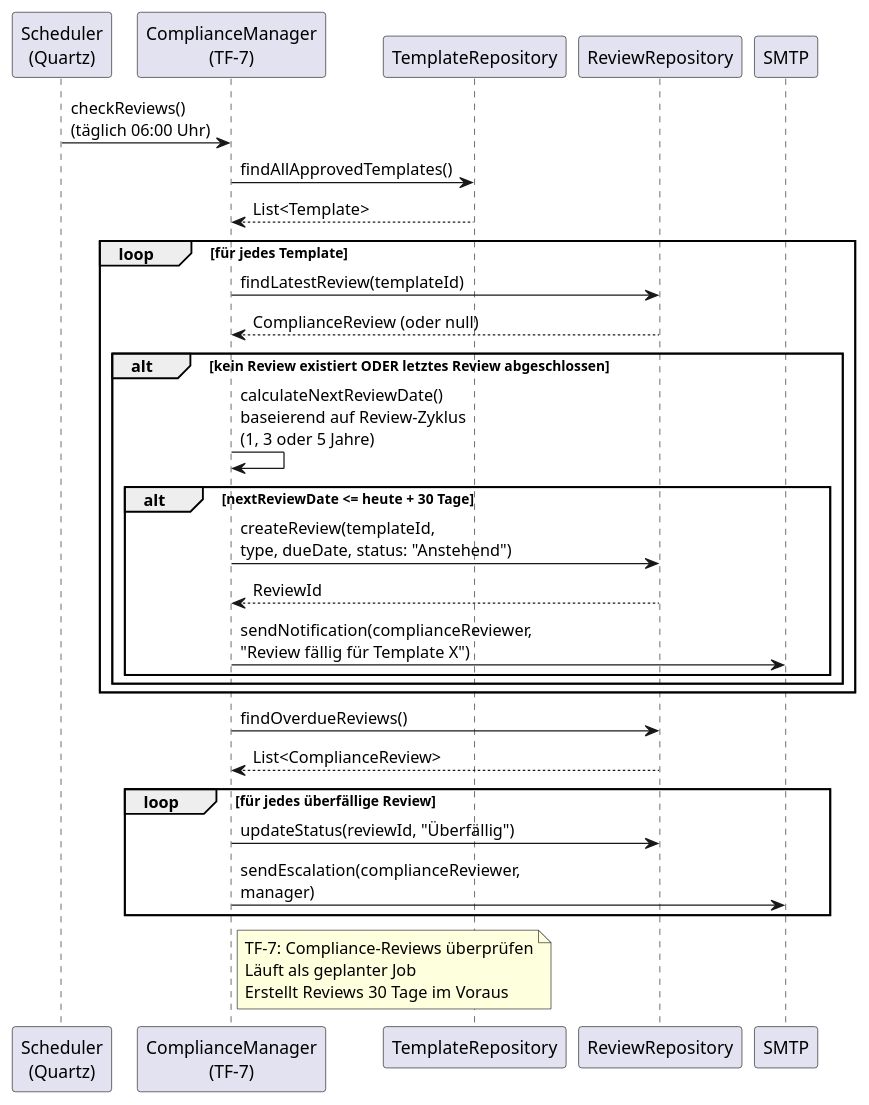
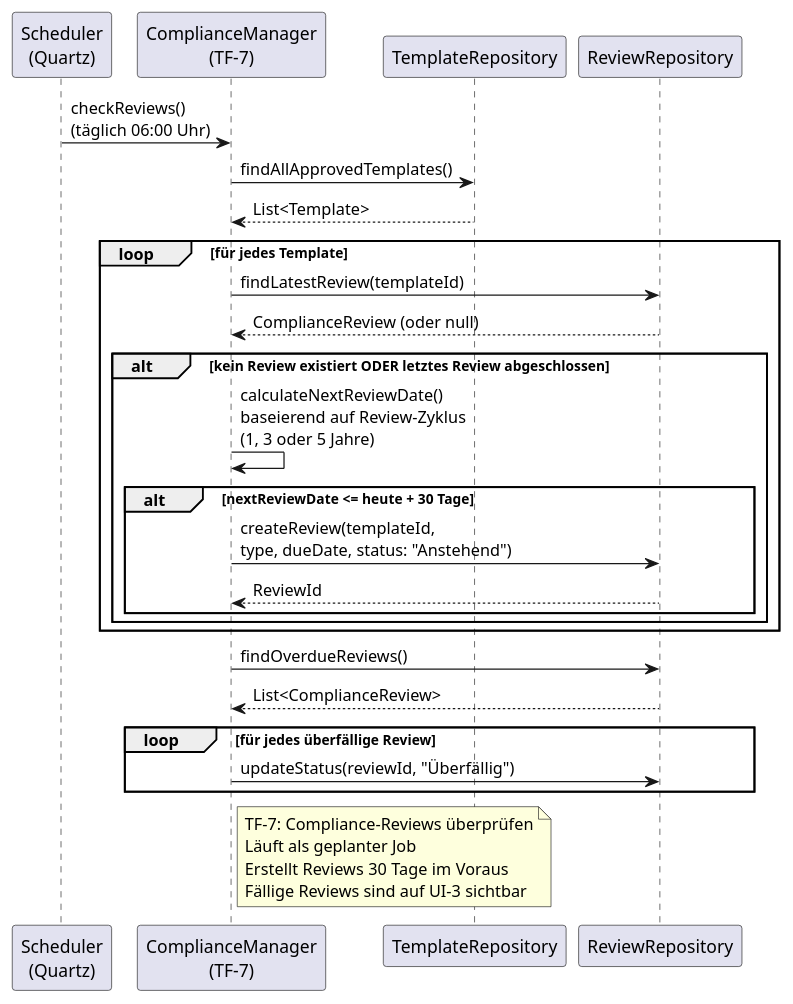
One commit to flaechsig/blocpress changed the eighth of 12 diagrams in docs/arc42.adoc. Above: the diagram before and after it, drawn with PlantUML. The commit also changed other lines of this file and 2 other files, not shown here.

Commit message:
- Email/SMTP entfernt - ElastikSearch aus dem fachlichen Kontext entfernt - Technischer Kontext: Note zu LibreOffice entfernt

```diff
--- a/docs/arc42.adoc
+++ b/docs/arc42.adoc
@@ -862,43 +838,41 @@
 [plantuml, laufzeit-compliance-check, svg]
 ----
 @startuml
 participant "Scheduler\n(Quartz)" as Scheduler
 participant "ComplianceManager\n(TF-7)" as CM
 participant "TemplateRepository" as TRepo
 participant "ReviewRepository" as RRepo
-participant "SMTP" as Mail
 
 Scheduler -> CM : checkReviews()\n(täglich 06:00 Uhr)
 CM -> TRepo : findAllApprovedTemplates()
 TRepo --> CM : List<Template>
 
 loop für jedes Template
   CM -> RRepo : findLatestReview(templateId)
   RRepo --> CM : ComplianceReview (oder null)
 
   alt kein Review existiert ODER letztes Review abgeschlossen
     CM -> CM : calculateNextReviewDate()\nbaseierend auf Review-Zyklus\n(1, 3 oder 5 Jahre)
 
     alt nextReviewDate <= heute + 30 Tage
       CM -> RRepo : createReview(templateId,\ntype, dueDate, status: "Anstehend")
       RRepo --> CM : ReviewId
-      CM -> Mail : sendNotification(complianceReviewer,\n"Review fällig für Template X")
     end
   end
 end
 
 CM -> RRepo : findOverdueReviews()
 RRepo --> CM : List<ComplianceReview>
 
 loop für jedes überfällige Review
   CM -> RRepo : updateStatus(reviewId, "Überfällig")
-  CM -> Mail : sendEscalation(complianceReviewer,\nmanager)
 end
 
 note right of CM
   TF-7: Compliance-Reviews überprüfen
   Läuft als geplanter Job
   Erstellt Reviews 30 Tage im Voraus
+  Fällige Reviews sind auf UI-3 sichtbar
 end note
 @enduml
 ----
```
